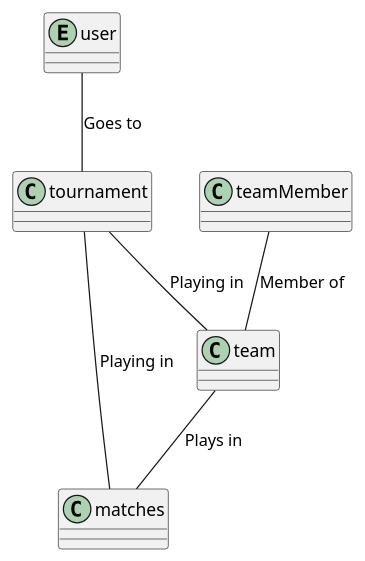
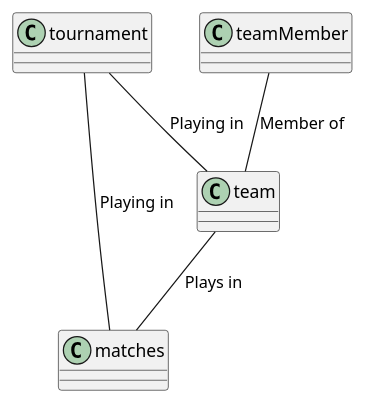
Before and after one commit to itzMesh/DCST1008-Prosjekt: the diagram in ProjektUML/Domainmodel.wsd, drawn with PlantUML. The commit also changed 4 other files, not shown here.

```diff
--- a/ProjektUML/Domainmodel.wsd
+++ b/ProjektUML/Domainmodel.wsd
@@ -1,34 +1,31 @@
 @startuml MachineBorderThicknes
 
 
-Entity user{
 
-}
 
 
 Class team{
    
 }
 
 class teamMember{
    
 }
 
 Class tournament{
    }
 
 Class matches{
     
 }
 
 
 
 
 
 
-user  --  tournament : Goes to
 teamMember  --  team : Member of 
 tournament  -- team : Playing in
 tournament  --  matches : Playing in
 team --  matches : Plays in
 @enduml
```
